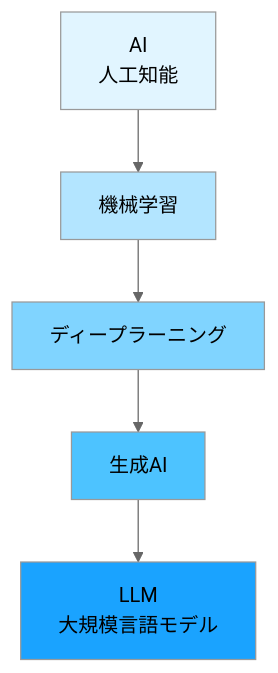
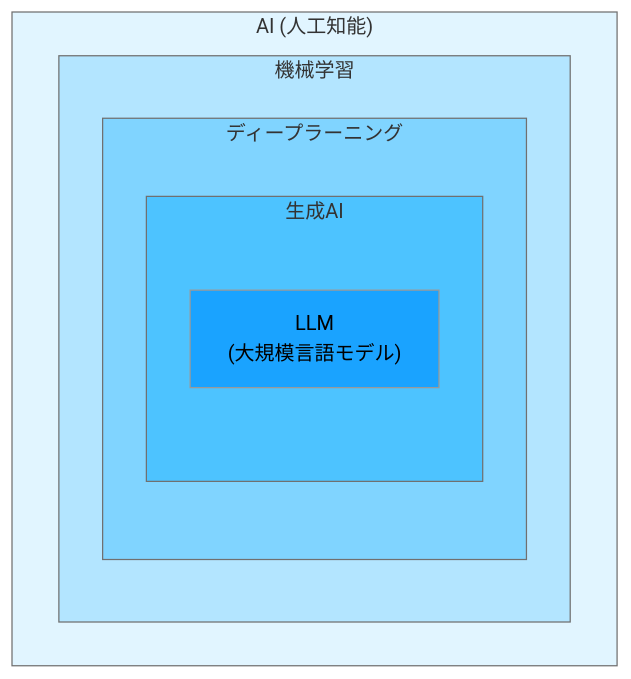
One commit to cyber-freaks-jp/AI_Driven_Development_Course changed the first of 7 diagrams in book/pages/AIの種類.md. Above: the diagram before and after it, drawn with Mermaid (neutral theme). The commit also changed 2 other files, not shown here.

````diff
--- a/book/pages/AIの種類.md
+++ b/book/pages/AIの種類.md
@@ -9,13 +9,18 @@
 ```mermaid
 graph TD
-    A[AI<br/>人工知能] --> B[機械学習]
-    B --> C[ディープラーニング]
-    C --> D[生成AI]
-    D --> E[LLM<br/>大規模言語モデル]
+    subgraph AI["AI (人工知能)"]
+        subgraph ML["機械学習"]
+            subgraph DL["ディープラーニング"]
+                subgraph GenAI["生成AI"]
+                    LLM["LLM<br/>(大規模言語モデル)"]
+                end
+            end
+        end
+    end
 
-    style A fill:#e1f5ff
-    style B fill:#b3e5ff
-    style C fill:#80d4ff
-    style D fill:#4dc3ff
-    style E fill:#1aa3ff
+    style AI fill:#e1f5ff
+    style ML fill:#b3e5ff
+    style DL fill:#80d4ff
+    style GenAI fill:#4dc3ff
+    style LLM fill:#1aa3ff
 ```
````
